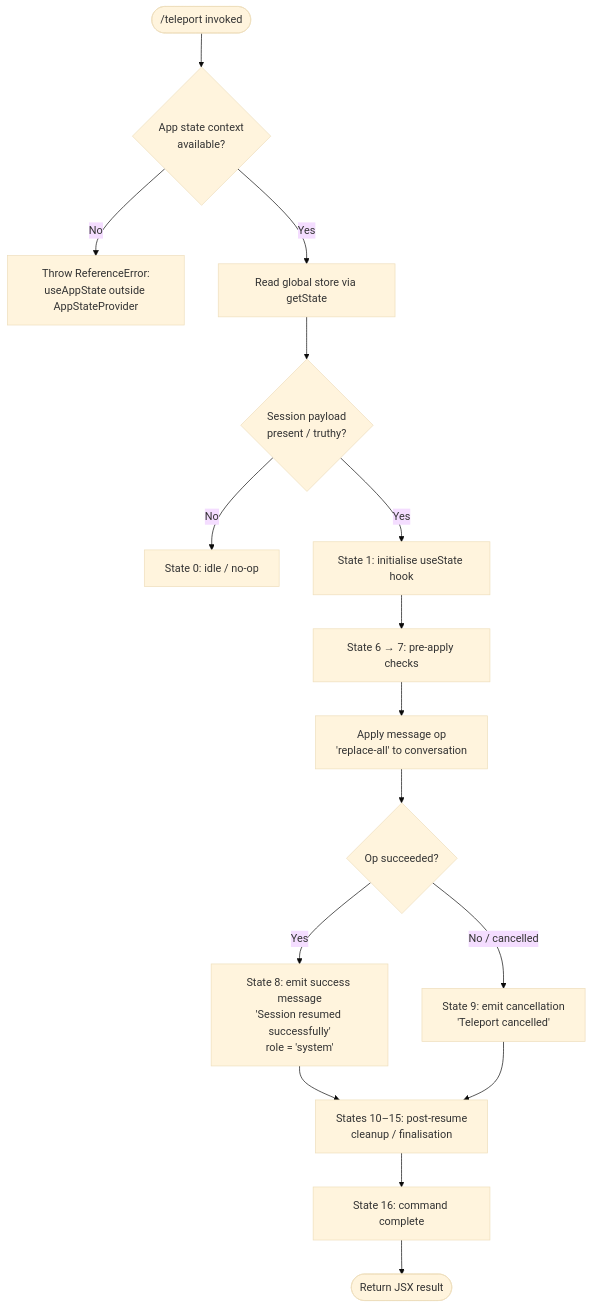
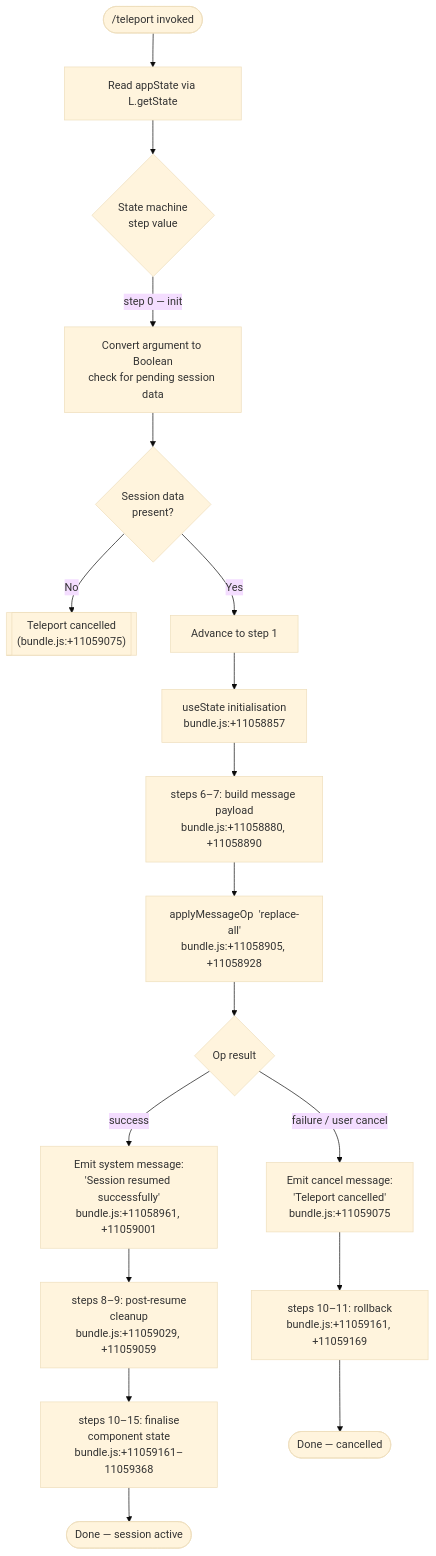
Before and after one commit to MyLittleLuckyDog/cc-gnothi: the diagram in versions/v2.1.143/teleport.md, drawn with Mermaid (base theme). The commit also changed other lines of this file and 483 other files, not shown here.

````diff
--- a/versions/v2.1.143/teleport.md
+++ b/versions/v2.1.143/teleport.md
@@ -46,18 +56,25 @@
 ```mermaid
 flowchart TD
-    A(["/teleport invoked"]) --> B{App state context\navailable?}
-    B -- No --> C[Throw ReferenceError:\nuseAppState outside AppStateProvider]
-    B -- Yes --> D[Read global store via getState]
-    D --> E{Session payload\npresent / truthy?}
-    E -- No --> F[State 0: idle / no-op]
-    E -- Yes --> G[State 1: initialise useState hook]
-    G --> H[State 6 → 7: pre-apply checks]
-    H --> I[Apply message op\n'replace-all' to conversation]
-    I --> J{Op succeeded?}
-    J -- Yes --> K[State 8: emit success message\n'Session resumed successfully'\nrole = 'system']
-    J -- No / cancelled --> L[State 9: emit cancellation\n'Teleport cancelled']
-    K --> M[States 10–15: post-resume\ncleanup / finalisation]
-    L --> M
-    M --> N[State 16: command complete]
-    N --> O([Return JSX result])
+    A(["/teleport invoked"]) --> B[Read appState via L.getState]
+    B --> C{State machine\nstep value}
+
+    C -->|step 0 — init| D[Convert argument to Boolean\ncheck for pending session data]
+    D --> E{Session data\npresent?}
+    E -->|No| F[["Teleport cancelled\n(bundle.js:+11059075)"]]
+    E -->|Yes| G[Advance to step 1]
+
+    G --> H[useState initialisation\nbundle.js:+11058857]
+    H --> I[steps 6–7: build message payload\nbundle.js:+11058880, +11058890]
+
+    I --> J["applyMessageOp  'replace-all'\nbundle.js:+11058905, +11058928"]
+    J --> K{Op result}
+
+    K -->|success| L["Emit system message:\n'Session resumed successfully'\nbundle.js:+11058961, +11059001"]
+    L --> M[steps 8–9: post-resume\ncleanup\nbundle.js:+11059029, +11059059]
+    M --> N[steps 10–15: finalise\ncomponent state\nbundle.js:+11059161–11059368]
+    N --> O([Done — session active])
+
+    K -->|failure / user cancel| P["Emit cancel message:\n'Teleport cancelled'\nbundle.js:+11059075"]
+    P --> Q[steps 10–11: rollback\nbundle.js:+11059161, +11059169]
+    Q --> R([Done — cancelled])
 ```
````
